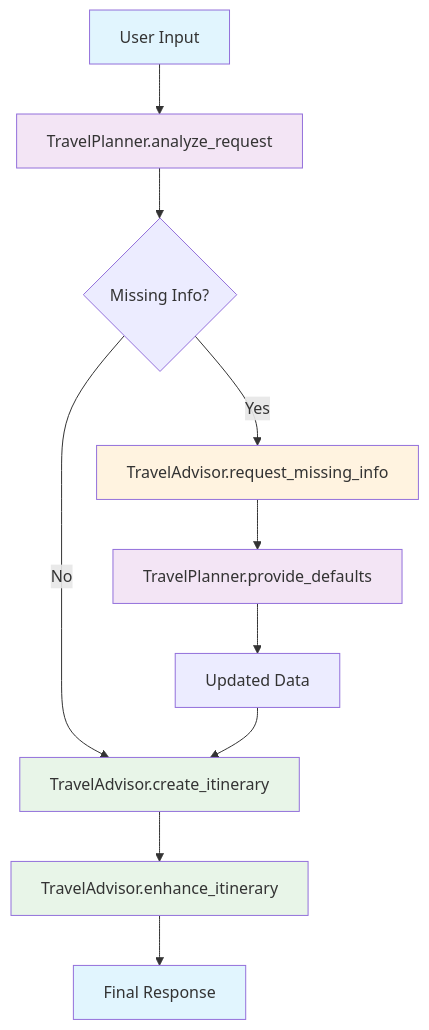
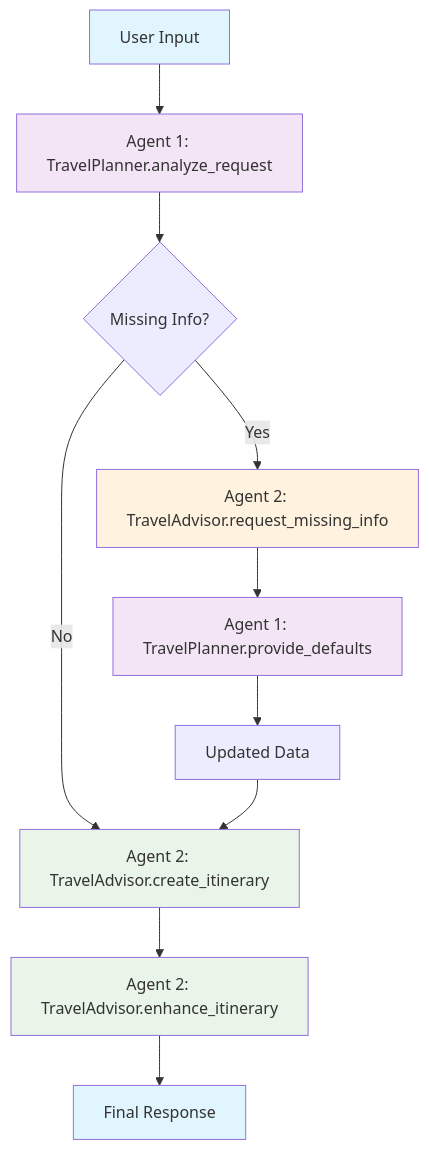
One commit to iamask/multi-agent-travel-planner changed the second of 2 diagrams in README.md. Above: the diagram before and after it, drawn with Mermaid. The commit also changed other lines of this file, not shown here.

````diff
--- a/README.md
+++ b/README.md
@@ -208,20 +191,20 @@
 ```mermaid
 graph TD
-    A[User Input] --> B[TravelPlanner.analyze_request]
+    A[User Input] --> B[Agent 1: TravelPlanner.analyze_request]
     B --> C{Missing Info?}
-    C -->|Yes| D[TravelAdvisor.request_missing_info]
-    C -->|No| E[TravelAdvisor.create_itinerary]
-    D --> F[TravelPlanner.provide_defaults]
+    C -->|Yes| D[Agent 2: TravelAdvisor.request_missing_info]
+    C -->|No| E[Agent 2: TravelAdvisor.create_itinerary]
+    D --> F[Agent 1: TravelPlanner.provide_defaults]
     F --> G[Updated Data]
     G --> E
-    E --> H[TravelAdvisor.enhance_itinerary]
+    E --> H[Agent 2: TravelAdvisor.enhance_itinerary]
     H --> I[Final Response]
 
     style A fill:#e1f5fe
     style B fill:#f3e5f5
     style D fill:#fff3e0
     style F fill:#f3e5f5
     style E fill:#e8f5e8
     style H fill:#e8f5e8
     style I fill:#e1f5fe
 ```
````
